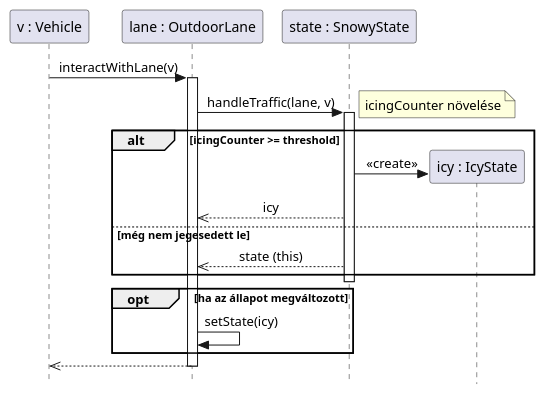
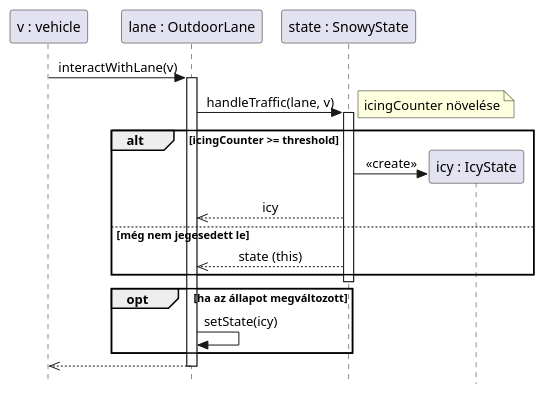
Before and after one commit to toth-andor/UneNotteANapoli: the diagram in docs/05/sequence/13.puml, drawn with PlantUML. The commit also changed 173 other files, not shown here.

```diff
--- a/docs/05/sequence/13.puml
+++ b/docs/05/sequence/13.puml
@@ -1,30 +1,30 @@
 @startuml
 skinparam style strictuml
 skinparam sequenceMessageAlign center
 
-participant "v : Vehicle" as V
+participant "v : vehicle" as V
 participant "lane : OutdoorLane" as L
 participant "state : SnowyState" as ST
 
 V -> L : interactWithLane(v)
 activate L
     L -> ST : handleTraffic(lane, v)
     activate ST
         note right: icingCounter növelése
         
         alt icingCounter >= threshold
             create participant "icy : IcyState" as IS
             ST -> IS : <<create>>
             ST -->> L : icy
         else még nem jegesedett le
             ST -->> L : state (this)
         end
     deactivate ST
     
     opt ha az állapot megváltozott
         L -> L : setState(icy)
     end
     
     L -->> V : 
 deactivate L
 @enduml
```
